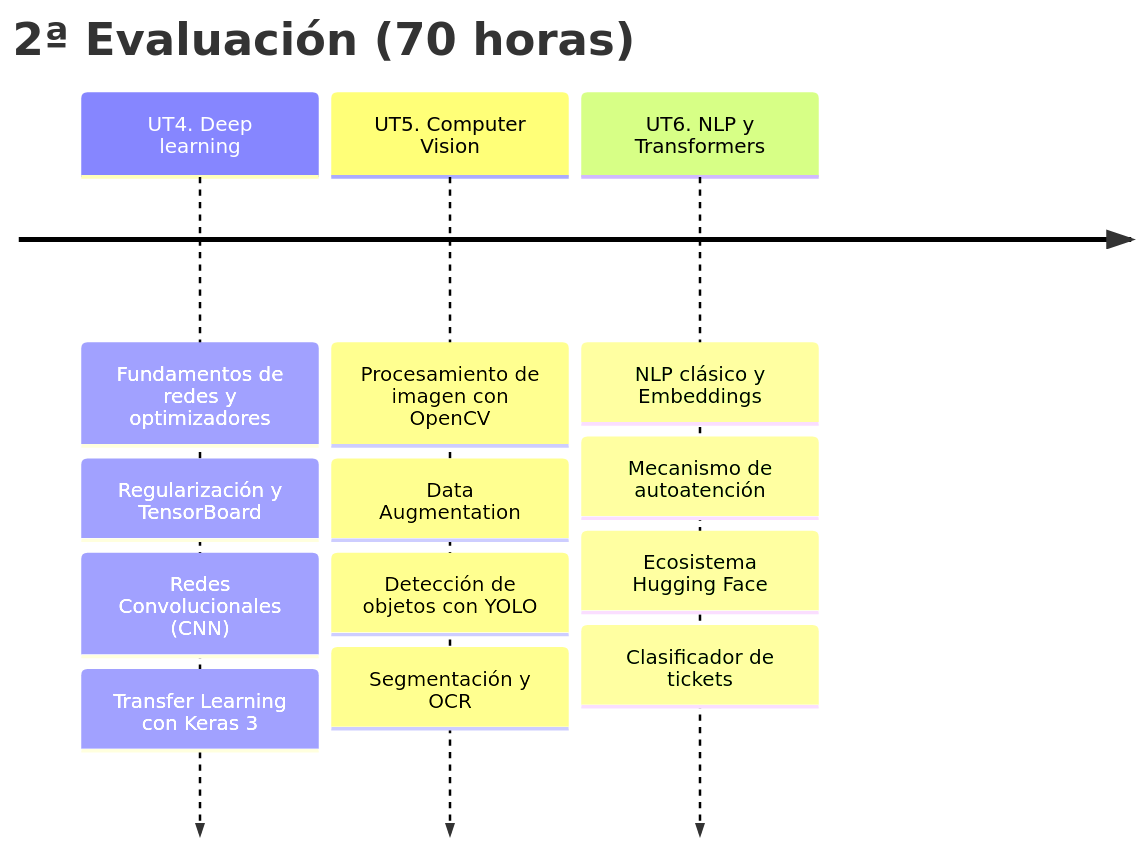
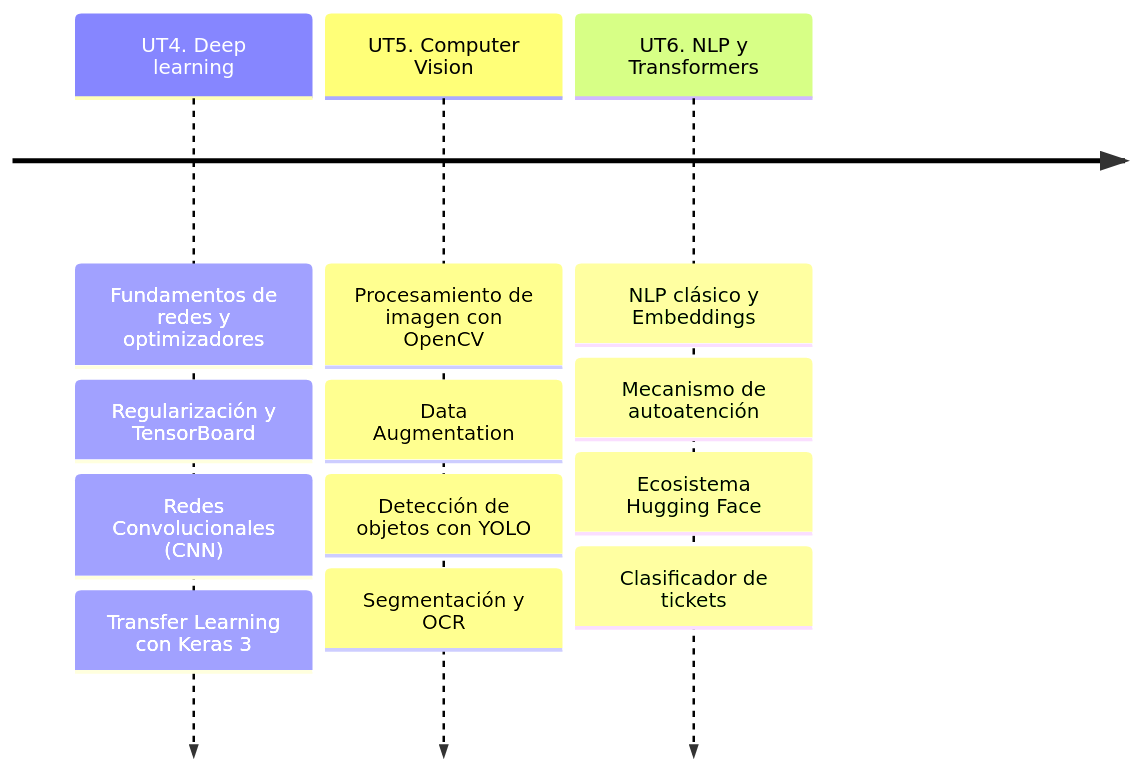
One commit to acamarac02/DevTacora changed the second of 3 diagrams in docs/02_pia_2627/index.md. Above: the diagram before and after it, drawn with Mermaid. The commit also changed other lines of this file and 48 other files, not shown here.

````diff
--- a/docs/02_pia_2627/index.md
+++ b/docs/02_pia_2627/index.md
@@ -76,23 +75,22 @@
 ```mermaid
 ---
 config:
   theme: default
 ---
 timeline
-    title 2ª Evaluación (70 horas)
     UT4. Deep learning
       : Fundamentos de redes y optimizadores
       : Regularización y TensorBoard
       : Redes Convolucionales (CNN)
       : Transfer Learning con Keras 3
     UT5. Computer Vision
       : Procesamiento de imagen con OpenCV
       : Data Augmentation
       : Detección de objetos con YOLO
       : Segmentación y OCR
     UT6. NLP y Transformers
       : NLP clásico y Embeddings
       : Mecanismo de autoatención
       : Ecosistema Hugging Face
       : Clasificador de tickets
 ```
````
